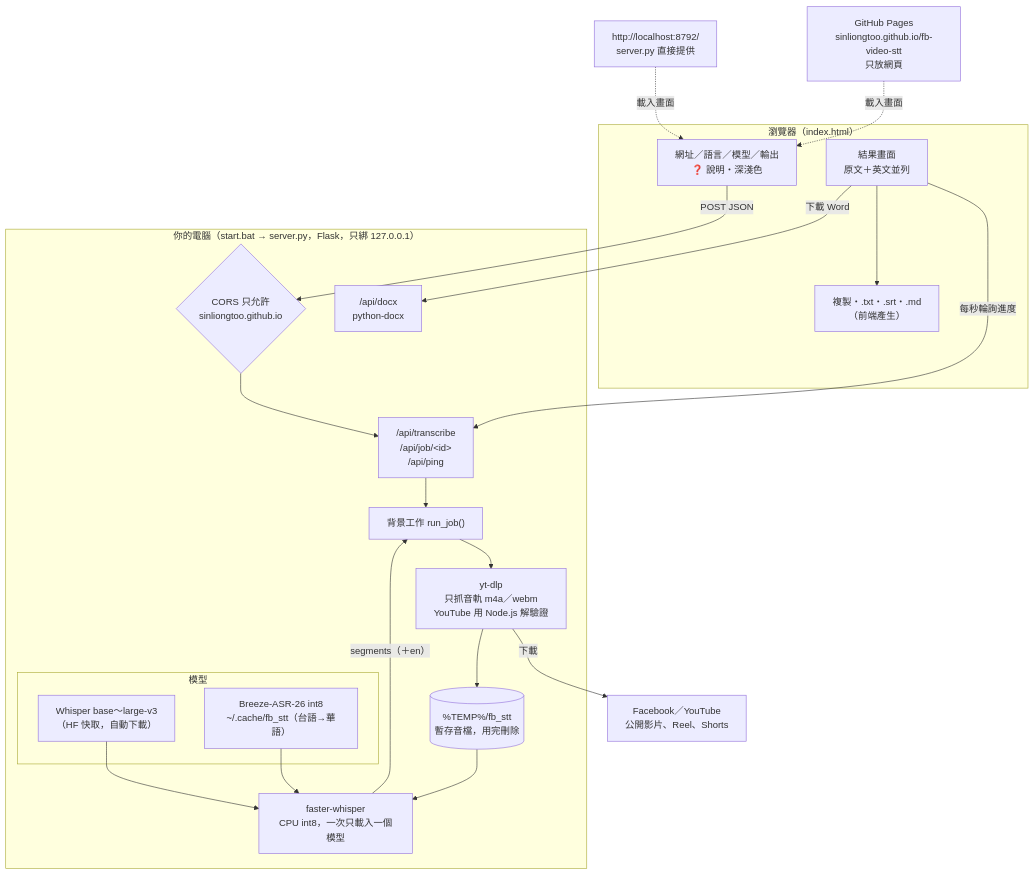
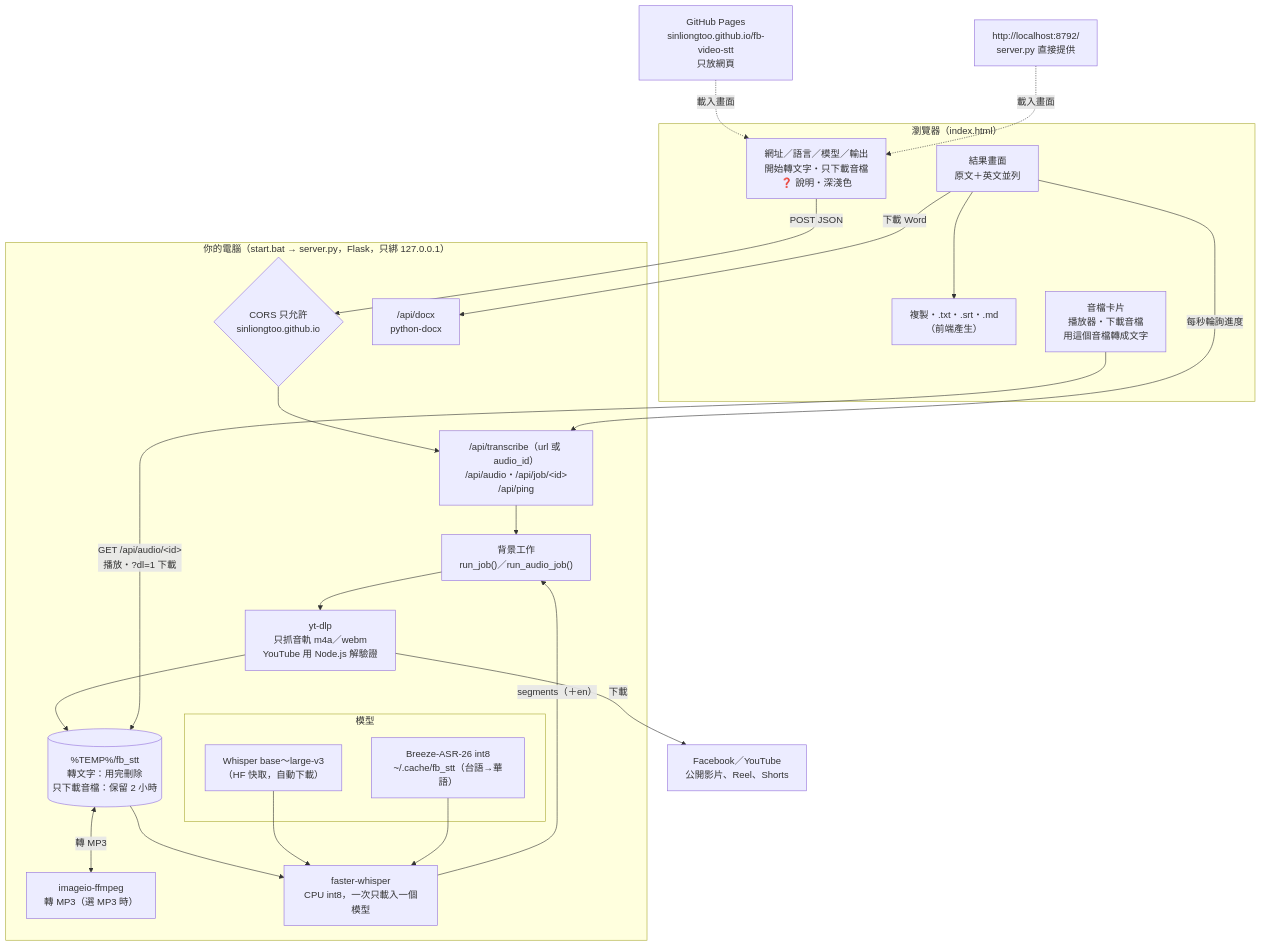
The diagram in docs/architecture-overview.mmd (SinLiongToo/fb-video-stt), drawn with Mermaid before and after one commit. The commit also changed 8 other files, not shown here.

```diff
--- a/docs/architecture-overview.mmd
+++ b/docs/architecture-overview.mmd
@@ -1,35 +1,39 @@
 flowchart TD
     subgraph BROWSER["瀏覽器（index.html）"]
-        UI["網址／語言／模型／輸出<br/>❓ 說明・深淺色"]
+        UI["網址／語言／模型／輸出<br/>開始轉文字・只下載音檔<br/>❓ 說明・深淺色"]
         VIEW["結果畫面<br/>原文＋英文並列"]
         EXP["複製・.txt・.srt・.md<br/>（前端產生）"]
+        PLAYER["音檔卡片<br/>播放器・下載音檔<br/>用這個音檔轉成文字"]
     end
 
     PAGES["GitHub Pages<br/>sinliongtoo.github.io/fb-video-stt<br/>只放網頁"] -.->|"載入畫面"| UI
     LOCALPAGE["http://localhost:8792/<br/>server.py 直接提供"] -.->|"載入畫面"| UI
 
     subgraph PC["你的電腦（start.bat → server.py，Flask，只綁 127.0.0.1）"]
-        API["/api/transcribe<br/>/api/job/&lt;id&gt;<br/>/api/ping"]
+        API["/api/transcribe（url 或 audio_id）<br/>/api/audio・/api/job/&lt;id&gt;<br/>/api/ping"]
         CORS{"CORS 只允許<br/>sinliongtoo.github.io"}
-        JOB["背景工作 run_job()"]
+        JOB["背景工作<br/>run_job()／run_audio_job()"]
         YTDLP["yt-dlp<br/>只抓音軌 m4a／webm<br/>YouTube 用 Node.js 解驗證"]
-        TMP[("%TEMP%/fb_stt<br/>暫存音檔，用完刪除")]
+        TMP[("%TEMP%/fb_stt<br/>轉文字：用完刪除<br/>只下載音檔：保留 2 小時")]
+        FFMPEG["imageio-ffmpeg<br/>轉 MP3（選 MP3 時）"]
         FW["faster-whisper<br/>CPU int8，一次只載入一個模型"]
         DOCX["/api/docx<br/>python-docx"]
         subgraph MODELS["模型"]
             WH["Whisper base～large-v3<br/>（HF 快取，自動下載）"]
             BZ["Breeze-ASR-26 int8<br/>~/.cache/fb_stt（台語→華語）"]
         end
     end
 
     FB["Facebook／YouTube<br/>公開影片、Reel、Shorts"]
 
     UI -->|"POST JSON"| CORS --> API --> JOB
     JOB --> YTDLP -->|"下載"| FB
     YTDLP --> TMP --> FW
+    TMP <-->|"轉 MP3"| FFMPEG
+    PLAYER -->|"GET /api/audio/&lt;id&gt;<br/>播放・?dl=1 下載"| TMP
     WH --> FW
     BZ --> FW
     FW -->|"segments（＋en）"| JOB
     VIEW -->|"每秒輪詢進度"| API
     VIEW --> EXP
     VIEW -->|"下載 Word"| DOCX
```
